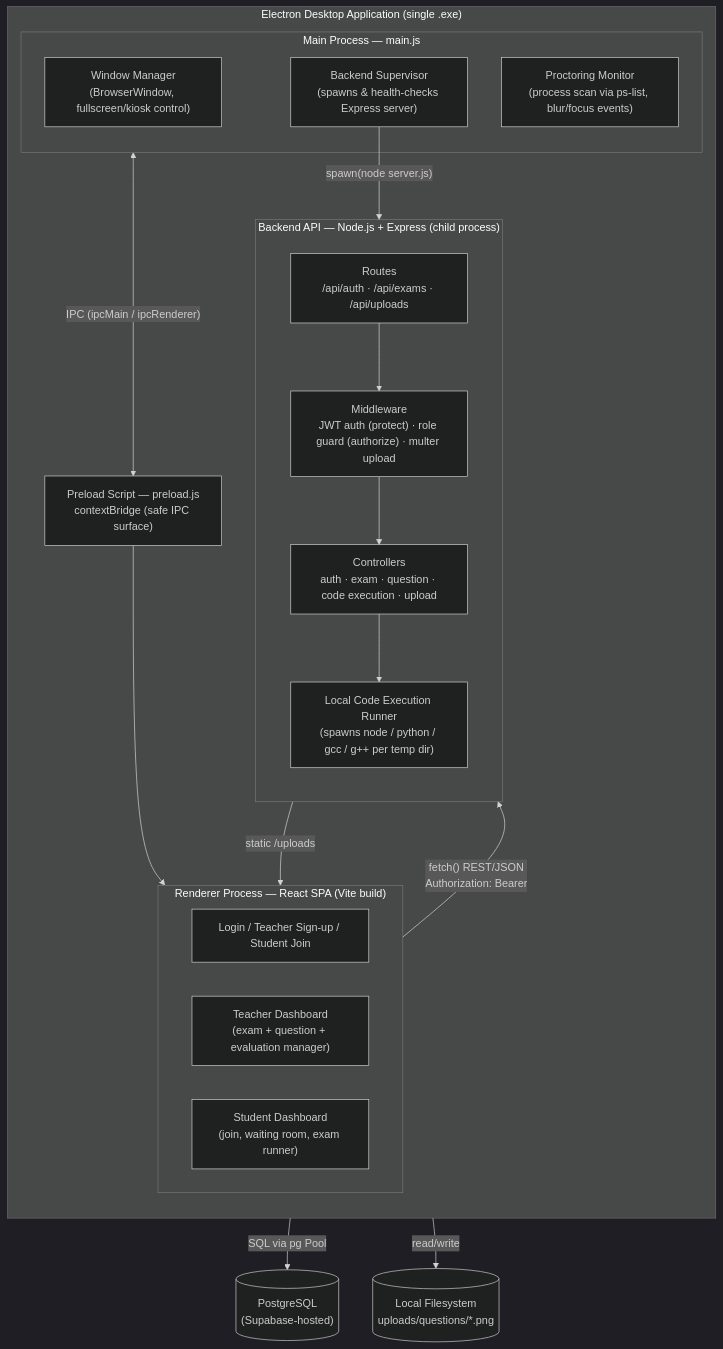
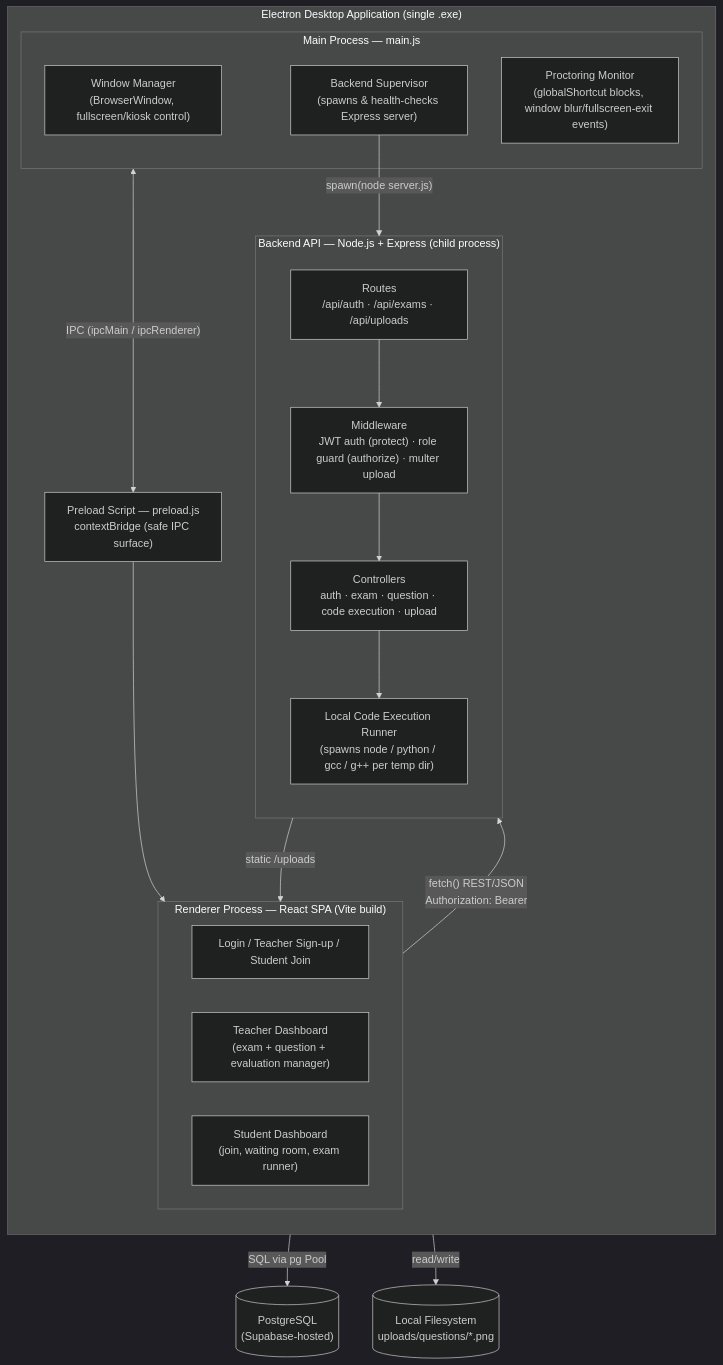
Before and after one commit to Nafiz001/secure-exam-desktop-app: the first of 2 diagrams in README.md, drawn with Mermaid (dark theme). The commit also changed other lines of this file and 17 other files, not shown here.

````diff
--- a/README.md
+++ b/README.md
@@ -53,42 +53,42 @@
 ```mermaid
 flowchart TB
     subgraph Desktop["Electron Desktop Application (single .exe)"]
         direction TB
 
         subgraph MainProc["Main Process — main.js"]
             WM["Window Manager<br/>(BrowserWindow, fullscreen/kiosk control)"]
-            Proctor["Proctoring Monitor<br/>(process scan via ps-list, blur/focus events)"]
+            Proctor["Proctoring Monitor<br/>(globalShortcut blocks, window blur/fullscreen-exit events)"]
             Spawner["Backend Supervisor<br/>(spawns & health-checks Express server)"]
         end
 
         Preload["Preload Script — preload.js<br/>contextBridge (safe IPC surface)"]
 
         subgraph RendererProc["Renderer Process — React SPA (Vite build)"]
             LoginPg["Login / Teacher Sign-up / Student Join"]
             TeacherUI["Teacher Dashboard<br/>(exam + question + evaluation manager)"]
             StudentUI["Student Dashboard<br/>(join, waiting room, exam runner)"]
         end
 
         MainProc <-- "IPC (ipcMain / ipcRenderer)" --> Preload
         Preload --> RendererProc
         Spawner -- "spawn(node server.js)" --> Backend
     end
 
     subgraph Backend["Backend API — Node.js + Express (child process)"]
         direction TB
         Routes["Routes<br/>/api/auth · /api/exams · /api/uploads"]
         MW["Middleware<br/>JWT auth (protect) · role guard (authorize) · multer upload"]
         Ctrl["Controllers<br/>auth · exam · question · code execution · upload"]
         Exec["Local Code Execution Runner<br/>(spawns node / python / gcc / g++ per temp dir)"]
         Routes --> MW --> Ctrl
         Ctrl --> Exec
     end
 
     DB[("PostgreSQL<br/>(Supabase-hosted)")]
     FS[("Local Filesystem<br/>uploads/questions/*.png")]
 
     RendererProc -- "fetch() REST/JSON<br/>Authorization: Bearer <JWT>" --> Routes
     Ctrl -- "SQL via pg Pool" --> DB
     Ctrl -- "read/write" --> FS
     Routes -- "static /uploads" --> RendererProc
 ```
````
